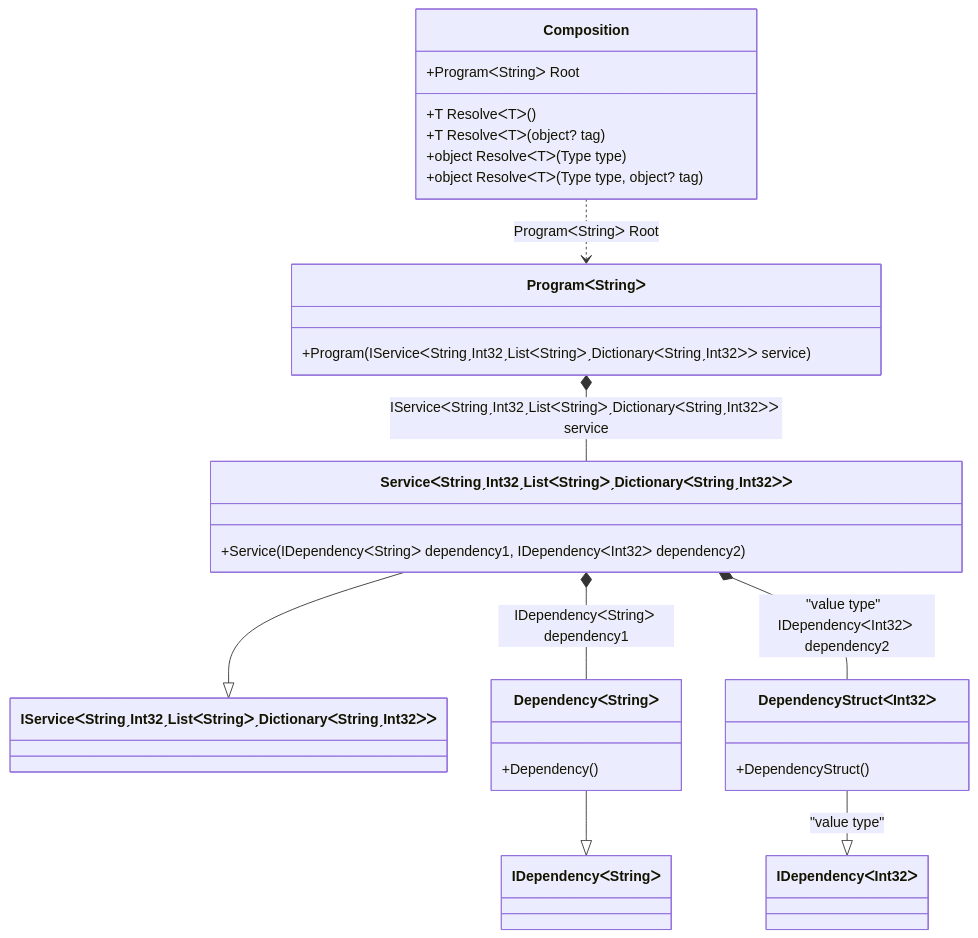
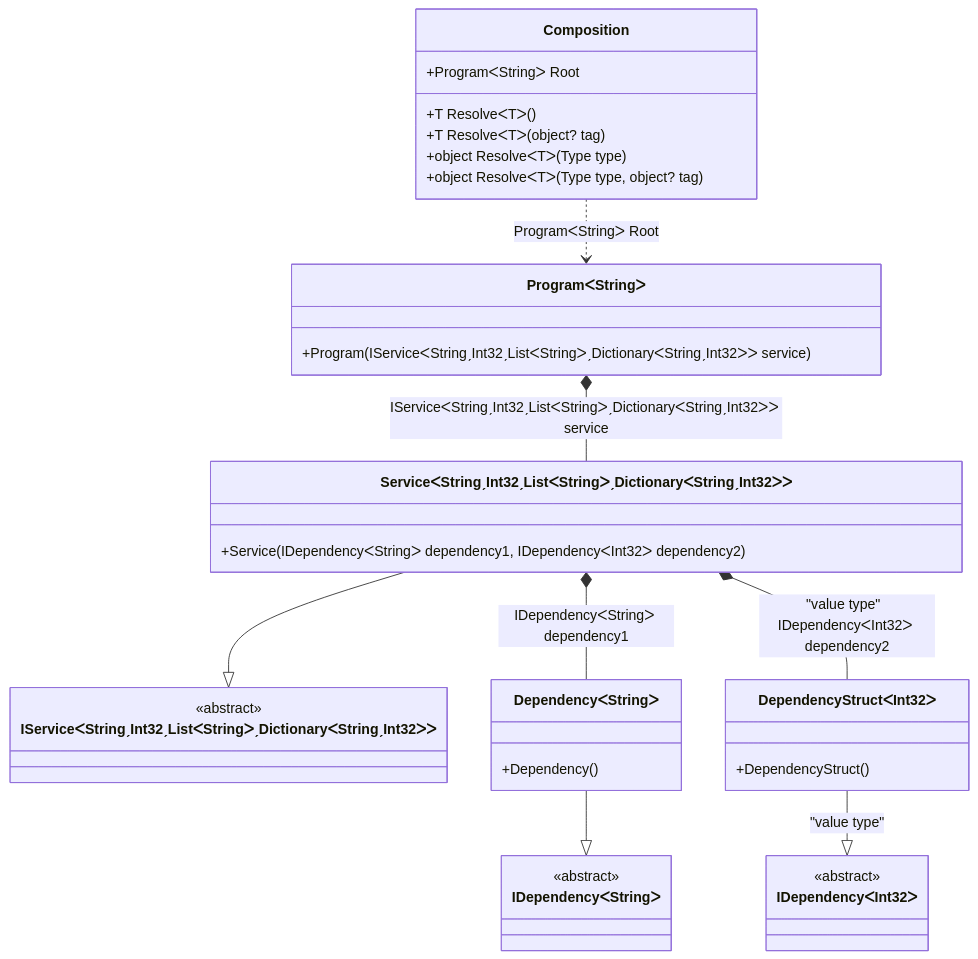
Diagram 13 of 35 in readme/Examples.md (DevTeam/Pure.DI), drawn with Mermaid before and after one commit. The commit also changed other lines of this file and 3 other files, not shown here.

````diff
--- a/readme/Examples.md
+++ b/readme/Examples.md
@@ -912,29 +984,38 @@
 ```mermaid
 classDiagram
-class Composition {
-+ProgramᐸStringᐳ Root
-+T ResolveᐸTᐳ()
-+T ResolveᐸTᐳ(object? tag)
-+object ResolveᐸTᐳ(Type type)
-+object ResolveᐸTᐳ(Type type, object? tag)
-}
-class ProgramᐸStringᐳ {
-+Program(IServiceᐸStringˏInt32ˏListᐸStringᐳˏDictionaryᐸStringˏInt32ᐳᐳ service)
-}
-ServiceᐸStringˏInt32ˏListᐸStringᐳˏDictionaryᐸStringˏInt32ᐳᐳ --|> IServiceᐸStringˏInt32ˏListᐸStringᐳˏDictionaryᐸStringˏInt32ᐳᐳ : 
-class ServiceᐸStringˏInt32ˏListᐸStringᐳˏDictionaryᐸStringˏInt32ᐳᐳ {
-+Service(IDependencyᐸStringᐳ dependency1, IDependencyᐸInt32ᐳ dependency2)
-}
-DependencyᐸStringᐳ --|> IDependencyᐸStringᐳ : 
-class DependencyᐸStringᐳ {
-+Dependency()
-}
-DependencyStructᐸInt32ᐳ --|> IDependencyᐸInt32ᐳ : "value type" 
-class DependencyStructᐸInt32ᐳ {
-+DependencyStruct()
-}
-ProgramᐸStringᐳ *--  ServiceᐸStringˏInt32ˏListᐸStringᐳˏDictionaryᐸStringˏInt32ᐳᐳ : IServiceᐸStringˏInt32ˏListᐸStringᐳˏDictionaryᐸStringˏInt32ᐳᐳ service
-Composition ..> ProgramᐸStringᐳ : ProgramᐸStringᐳ Root
-ServiceᐸStringˏInt32ˏListᐸStringᐳˏDictionaryᐸStringˏInt32ᐳᐳ *--  DependencyᐸStringᐳ : IDependencyᐸStringᐳ dependency1
-ServiceᐸStringˏInt32ˏListᐸStringᐳˏDictionaryᐸStringˏInt32ᐳᐳ *--  DependencyStructᐸInt32ᐳ : "value type"  IDependencyᐸInt32ᐳ dependency2
+  class Composition {
+    +ProgramᐸStringᐳ Root
+    +T ResolveᐸTᐳ()
+    +T ResolveᐸTᐳ(object? tag)
+    +object ResolveᐸTᐳ(Type type)
+    +object ResolveᐸTᐳ(Type type, object? tag)
+  }
+  class ProgramᐸStringᐳ {
+    +Program(IServiceᐸStringˏInt32ˏListᐸStringᐳˏDictionaryᐸStringˏInt32ᐳᐳ service)
+  }
+  ServiceᐸStringˏInt32ˏListᐸStringᐳˏDictionaryᐸStringˏInt32ᐳᐳ --|> IServiceᐸStringˏInt32ˏListᐸStringᐳˏDictionaryᐸStringˏInt32ᐳᐳ : 
+  class ServiceᐸStringˏInt32ˏListᐸStringᐳˏDictionaryᐸStringˏInt32ᐳᐳ {
+    +Service(IDependencyᐸStringᐳ dependency1, IDependencyᐸInt32ᐳ dependency2)
+  }
+  DependencyᐸStringᐳ --|> IDependencyᐸStringᐳ : 
+  class DependencyᐸStringᐳ {
+    +Dependency()
+  }
+  DependencyStructᐸInt32ᐳ --|> IDependencyᐸInt32ᐳ : "value type" 
+  class DependencyStructᐸInt32ᐳ {
+    +DependencyStruct()
+  }
+  class IServiceᐸStringˏInt32ˏListᐸStringᐳˏDictionaryᐸStringˏInt32ᐳᐳ {
+    <<abstract>>
+  }
+  class IDependencyᐸStringᐳ {
+    <<abstract>>
+  }
+  class IDependencyᐸInt32ᐳ {
+    <<abstract>>
+  }
+  ProgramᐸStringᐳ *--  ServiceᐸStringˏInt32ˏListᐸStringᐳˏDictionaryᐸStringˏInt32ᐳᐳ : IServiceᐸStringˏInt32ˏListᐸStringᐳˏDictionaryᐸStringˏInt32ᐳᐳ service
+  Composition ..> ProgramᐸStringᐳ : ProgramᐸStringᐳ Root
+  ServiceᐸStringˏInt32ˏListᐸStringᐳˏDictionaryᐸStringˏInt32ᐳᐳ *--  DependencyᐸStringᐳ : IDependencyᐸStringᐳ dependency1
+  ServiceᐸStringˏInt32ˏListᐸStringᐳˏDictionaryᐸStringˏInt32ᐳᐳ *--  DependencyStructᐸInt32ᐳ : "value type"  IDependencyᐸInt32ᐳ dependency2
 ```
````
